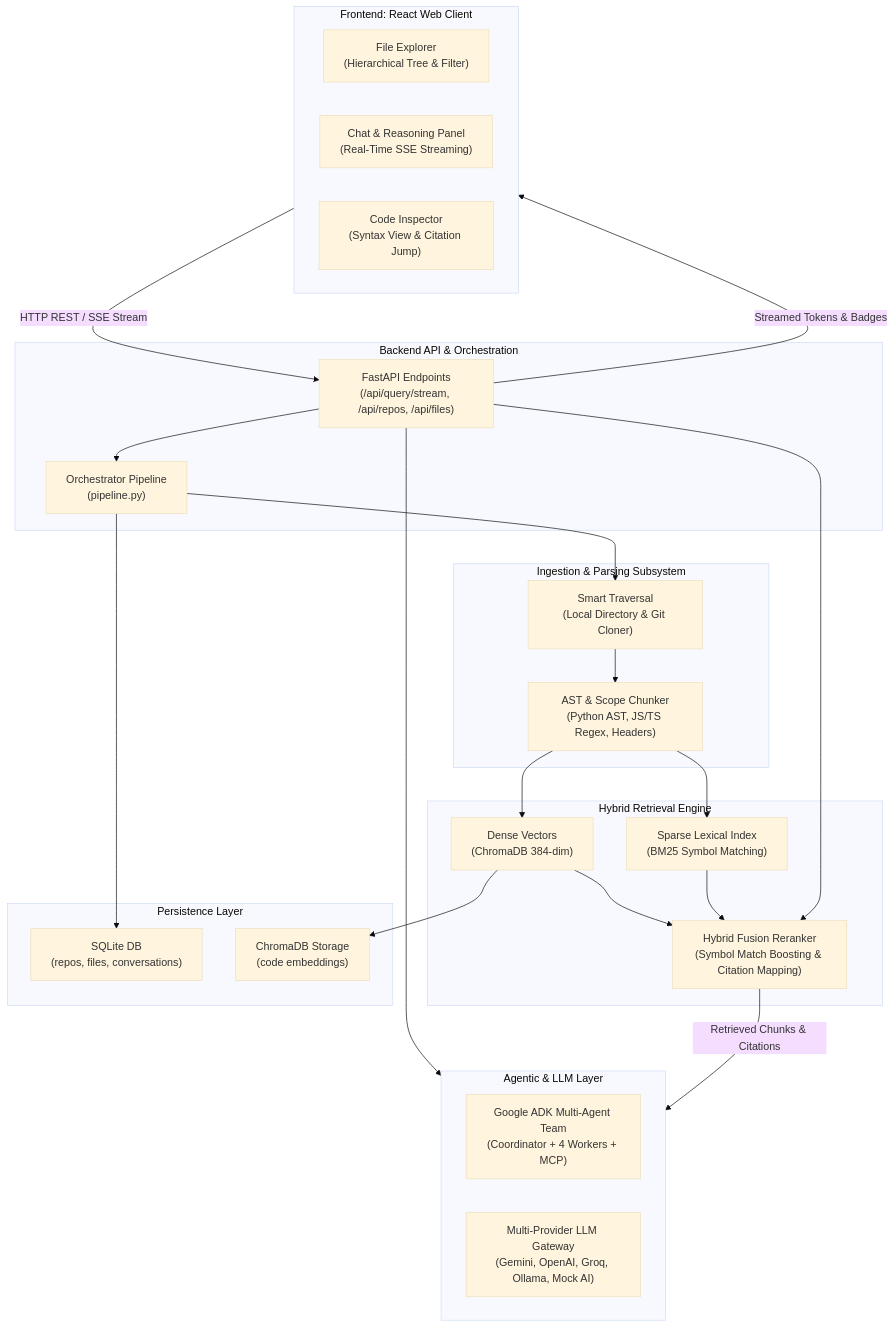
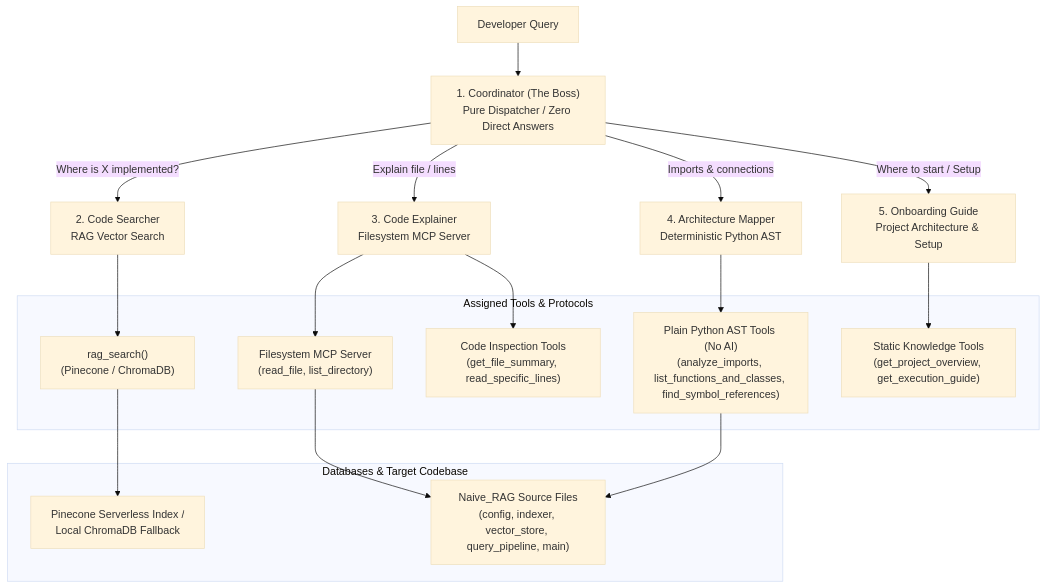
One commit to dissaa12/Repomind changed the diagram in README.md. Above: the diagram before and after it, drawn with Mermaid (base theme). The commit also changed other lines of this file, not shown here.

Commit message:
docs: align README with PPT requirements and update system architecture diagram

````diff
--- a/README.md
+++ b/README.md
@@ -64,49 +43,32 @@
 ```mermaid
 graph TD
-    subgraph Frontend [Frontend: React Web Client]
-        FE["File Explorer<br/>(Hierarchical Tree & Filter)"]
-        CP["Chat & Reasoning Panel<br/>(Real-Time SSE Streaming)"]
-        CI["Code Inspector<br/>(Syntax View & Citation Jump)"]
+    User["Developer Query"] --> Boss["1. Coordinator (The Boss)<br/>Pure Dispatcher / Zero Direct Answers"]
+
+    Boss -->|"Where is X implemented?"| Worker1["2. Code Searcher<br/>RAG Vector Search"]
+    Boss -->|"Explain file / lines"| Worker2["3. Code Explainer<br/>Filesystem MCP Server"]
+    Boss -->|"Imports & connections"| Worker3["4. Architecture Mapper<br/>Deterministic Python AST"]
+    Boss -->|"Where to start / Setup"| Worker4["5. Onboarding Guide<br/>Project Architecture & Setup"]
+
+    subgraph Tools [Assigned Tools & Protocols]
+        Tool1["rag_search()<br/>(Pinecone / ChromaDB)"]
+        Tool2["Filesystem MCP Server<br/>(read_file, list_directory)"]
+        Tool2B["Code Inspection Tools<br/>(get_file_summary, read_specific_lines)"]
+        Tool3["Plain Python AST Tools (No AI)<br/>(analyze_imports, list_functions_and_classes, find_symbol_references)"]
+        Tool4["Static Knowledge Tools<br/>(get_project_overview, get_execution_guide)"]
     end
 
-    subgraph Backend [Backend API & Orchestration]
-        Endpoints["FastAPI Endpoints<br/>(/api/query/stream, /api/repos, /api/files)"]
-        Pipeline["Orchestrator Pipeline<br/>(pipeline.py)"]
+    Worker1 --> Tool1
+    Worker2 --> Tool2
+    Worker2 --> Tool2B
+    Worker3 --> Tool3
+    Worker4 --> Tool4
+
+    subgraph Storage [Databases & Target Codebase]
+        VectorDB["Pinecone Serverless Index /<br/>Local ChromaDB Fallback"]
+        SourceFiles["Naive_RAG Source Files<br/>(config, indexer, vector_store, query_pipeline, main)"]
     end
 
-    subgraph Ingestion [Ingestion & Parsing Subsystem]
-        Crawler["Smart Traversal<br/>(Local Directory & Git Cloner)"]
-        Chunker["AST & Scope Chunker<br/>(Python AST, JS/TS Regex, Headers)"]
-    end
-
-    subgraph Retrieval [Hybrid Retrieval Engine]
-        Chroma["Dense Vectors<br/>(ChromaDB 384-dim)"]
-        BM25["Sparse Lexical Index<br/>(BM25 Symbol Matching)"]
-        Reranker["Hybrid Fusion Reranker<br/>(Symbol Match Boosting & Citation Mapping)"]
-    end
-
-    subgraph Intelligence [Agentic & LLM Layer]
-        ADK["Google ADK Multi-Agent Team<br/>(Coordinator + 4 Workers + MCP)"]
-        Providers["Multi-Provider LLM Gateway<br/>(Gemini, OpenAI, Groq, Ollama, Mock AI)"]
-    end
-
-    subgraph Storage [Persistence Layer]
-        SQLite["SQLite DB<br/>(repos, files, conversations)"]
-        VectorStore["ChromaDB Storage<br/>(code embeddings)"]
-    end
-
-    Frontend -->|HTTP REST / SSE Stream| Endpoints
-    Endpoints -->|Streamed Tokens & Badges| Frontend
-    Endpoints --> Pipeline
-    Pipeline --> Crawler
-    Crawler --> Chunker
-    Chunker --> Chroma
-    Chunker --> BM25
-    Chroma --> Reranker
-    BM25 --> Reranker
-    Endpoints --> Reranker
-    Endpoints --> Intelligence
-    Reranker -->|Retrieved Chunks & Citations| Intelligence
-    Pipeline --> SQLite
-    Chroma --> VectorStore
+    Tool1 --> VectorDB
+    Tool2 --> SourceFiles
+    Tool3 --> SourceFiles
 ```
````
